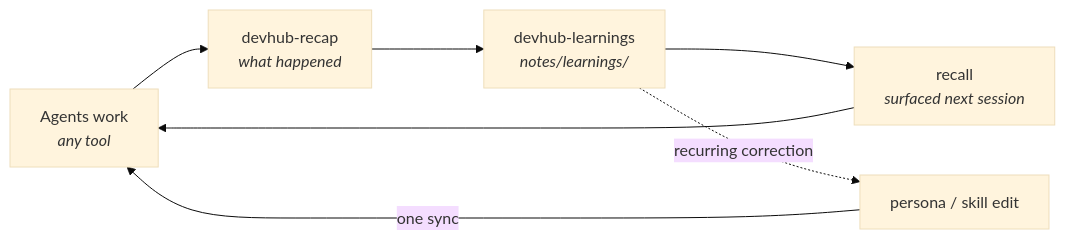
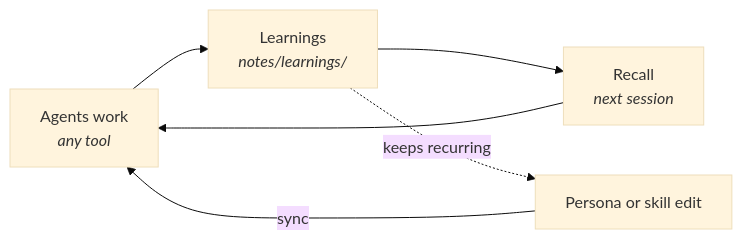
The diagram in README.md (jmcelreavey/devhub), drawn with Mermaid (base theme) before and after one commit. The commit also changed other lines of this file and 11 other files, not shown here.

````diff
--- a/README.md
+++ b/README.md
@@ -38,9 +54,8 @@
 ```mermaid
 graph LR
-  work["Agents work<br/><i>any tool</i>"] --> recap["devhub-recap<br/><i>what happened</i>"]
-  recap --> learn["devhub-learnings<br/><i>notes/learnings/</i>"]
-  learn --> recall["recall<br/><i>surfaced next session</i>"]
+  work["Agents work<br/><i>any tool</i>"] --> learn["Learnings<br/><i>notes/learnings/</i>"]
+  learn --> recall["Recall<br/><i>next session</i>"]
   recall --> work
-  learn -. "recurring correction" .-> rules["persona / skill edit"]
-  rules -- "one sync" --> work
+  learn -. "keeps recurring" .-> rules["Persona or skill edit"]
+  rules -- "sync" --> work
 ```
````
